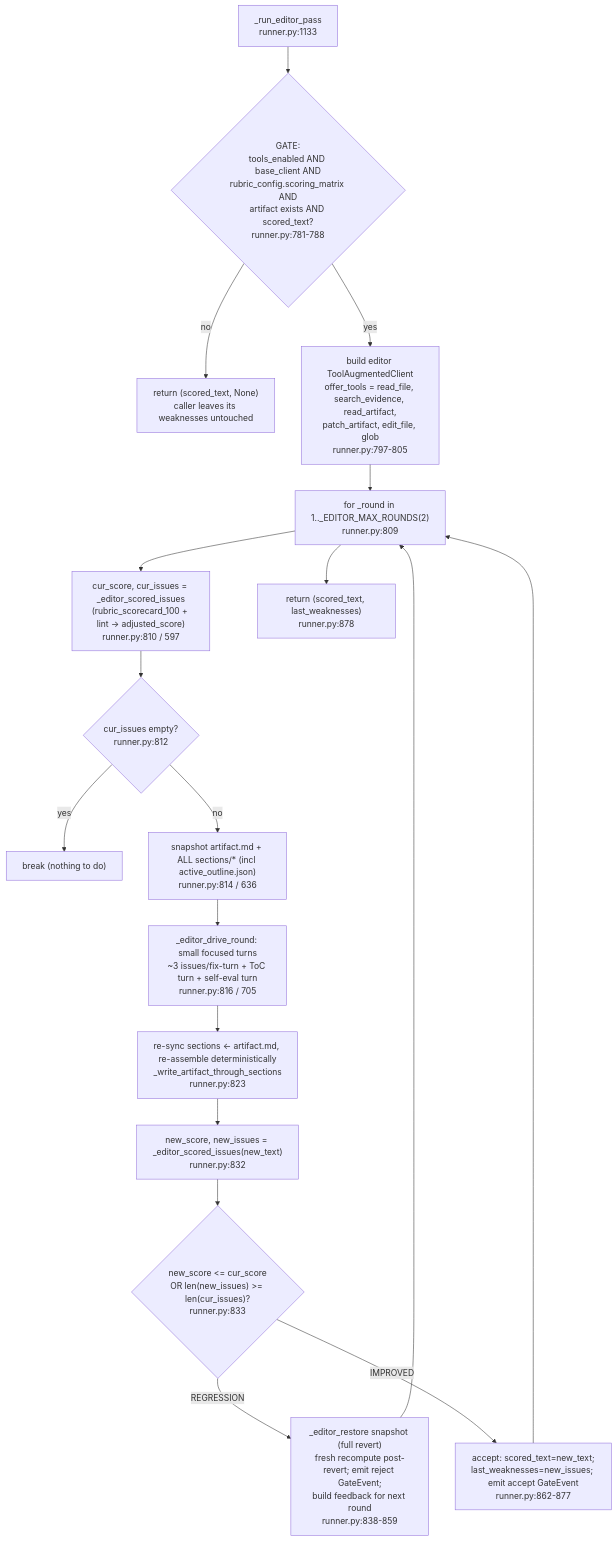
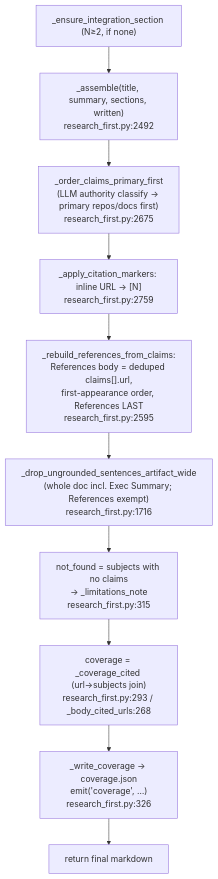
One commit to shaneliuyx/agentkit changed the sixth of 7 diagrams in agentkit-studio/ARCHITECTURE-doc-generation-pipeline.md. Above: the diagram before and after it, drawn with Mermaid. The commit also changed other lines of this file and 1 other file, not shown here.

First line of the commit message:
docs: research_first-only architecture doc + codex-gate-clear plan status

````diff
--- a/agentkit-studio/ARCHITECTURE-doc-generation-pipeline.md
+++ b/agentkit-studio/ARCHITECTURE-doc-generation-pipeline.md
@@ -611,20 +211,12 @@
 ```mermaid
 flowchart TD
-    E0["_run_editor_pass<br/>runner.py:1133"] --> E1{"GATE:<br/>tools_enabled AND base_client AND<br/>rubric_config.scoring_matrix AND<br/>artifact exists AND scored_text?<br/>runner.py:781-788"}
-    E1 -->|no| ROFF["return (scored_text, None)<br/>caller leaves its weaknesses untouched"]
-    E1 -->|yes| E2["build editor ToolAugmentedClient<br/>offer_tools = read_file, search_evidence, read_artifact,<br/>patch_artifact, edit_file, glob<br/>runner.py:797-805"]
-    E2 --> E3["for _round in 1.._EDITOR_MAX_ROUNDS(2)<br/>runner.py:809"]
-    E3 --> E4["cur_score, cur_issues = _editor_scored_issues<br/>(rubric_scorecard_100 + lint → adjusted_score)<br/>runner.py:810 / 597"]
-    E4 --> E5{"cur_issues empty?<br/>runner.py:812"}
-    E5 -->|yes| EBREAK["break (nothing to do)"]
-    E5 -->|no| E6["snapshot artifact.md + ALL sections/* (incl active_outline.json)<br/>runner.py:814 / 636"]
-    E6 --> E7["_editor_drive_round: small focused turns<br/>~3 issues/fix-turn + ToC turn + self-eval turn<br/>runner.py:816 / 705"]
-    E7 --> E8["re-sync sections ← artifact.md, re-assemble deterministically<br/>_write_artifact_through_sections<br/>runner.py:823"]
-    E8 --> E9["new_score, new_issues = _editor_scored_issues(new_text)<br/>runner.py:832"]
-    E9 --> E10{"new_score &lt;= cur_score<br/>OR len(new_issues) &gt;= len(cur_issues)?<br/>runner.py:833"}
-    E10 -->|REGRESSION| E11["_editor_restore snapshot (full revert)<br/>fresh recompute post-revert; emit reject GateEvent;<br/>build feedback for next round<br/>runner.py:838-859"]
-    E10 -->|IMPROVED| E12["accept: scored_text=new_text;<br/>last_weaknesses=new_issues; emit accept GateEvent<br/>runner.py:862-877"]
-    E11 --> E3
-    E12 --> E3
-    E3 --> ERET["return (scored_text, last_weaknesses)<br/>runner.py:878"]
+    A0["_ensure_integration_section (N≥2, if none)"] --> A1["_assemble(title, summary, sections, written)<br/>research_first.py:2492"]
+    A1 --> A2["_order_claims_primary_first<br/>(LLM authority classify → primary repos/docs first)<br/>research_first.py:2675"]
+    A2 --> A3["_apply_citation_markers: inline URL → [N]<br/>research_first.py:2759"]
+    A3 --> A4["_rebuild_references_from_claims:<br/>References body = deduped claims[].url,<br/>first-appearance order, References LAST<br/>research_first.py:2595"]
+    A4 --> A5["_drop_ungrounded_sentences_artifact_wide<br/>(whole doc incl. Exec Summary; References exempt)<br/>research_first.py:1716"]
+    A5 --> A6["not_found = subjects with no claims<br/>→ _limitations_note<br/>research_first.py:315"]
+    A6 --> A7["coverage = _coverage_cited (url→subjects join)<br/>research_first.py:293 / _body_cited_urls:268"]
+    A7 --> A8["_write_coverage → coverage.json<br/>emit('coverage', …)<br/>research_first.py:326"]
+    A8 --> A9["return final markdown"]
 ```
````
